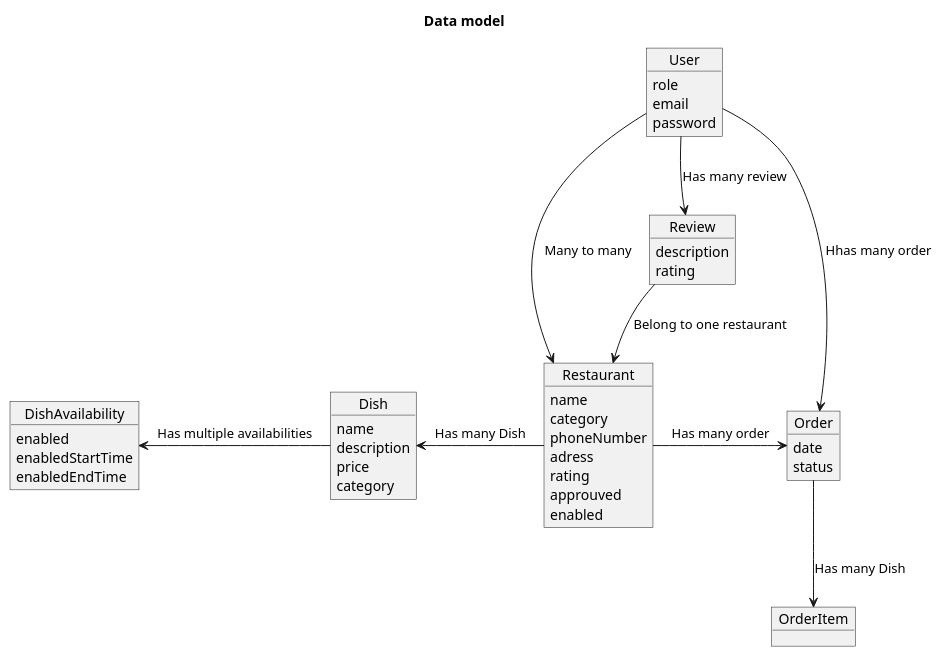
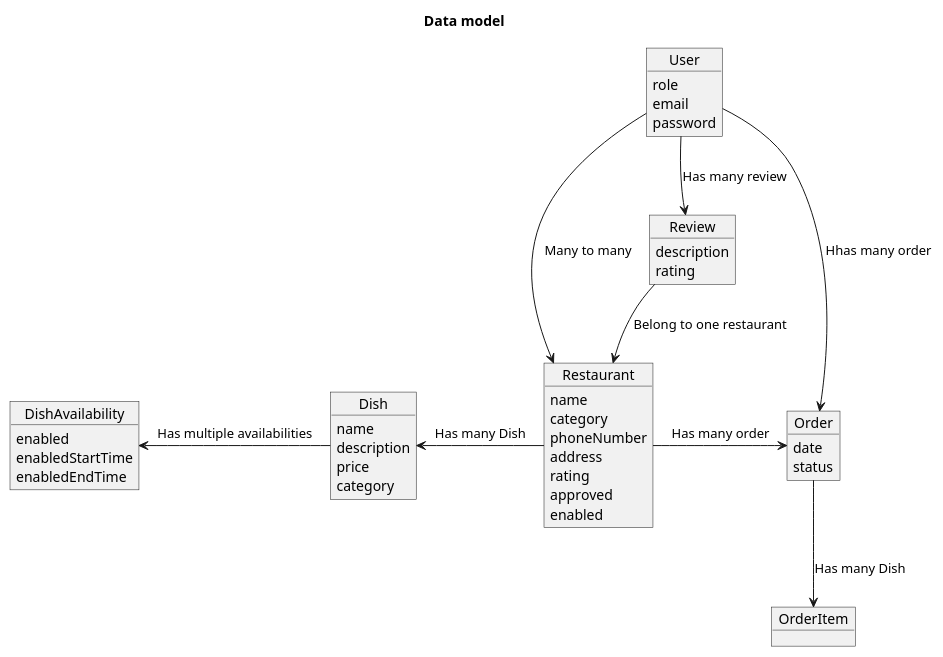
The diagram in docs/asset/data-model/main.puml (nathanArseneau/resto-management-api), drawn with PlantUML before and after one commit. The commit also changed 1 other file, not shown here.

```diff
--- a/docs/asset/data-model/main.puml
+++ b/docs/asset/data-model/main.puml
@@ -1,48 +1,48 @@
 @startuml data-model
 title Data model
 
 object User
 User : role
 User : email
 User : password
 
 object Restaurant
 Restaurant : name
 Restaurant : category
 Restaurant : phoneNumber
-Restaurant : adress
+Restaurant : address
 Restaurant : rating
-Restaurant : approuved
+Restaurant : approved
 Restaurant : enabled
 
 object Review
 Review : description
 Review : rating
 
 object Dish
 Dish : name
 Dish : description
 Dish : price
 Dish : category
 
 object DishAvailability
 DishAvailability : enabled
 DishAvailability : enabledStartTime
 DishAvailability : enabledEndTime
 
 object Order
 Order : date
 Order : status
 
 object OrderItem
 
 User --> Restaurant : Many to many
 Review --> Restaurant : Belong to one restaurant
 User --> Review : Has many review
 Restaurant -l-> Dish : Has many Dish
 Dish -l-> DishAvailability : Has multiple availabilities
 Restaurant -r-> Order : Has many order
 User --> Order : Hhas many order
 Order --> OrderItem : Has many Dish
 
 @enduml
```
